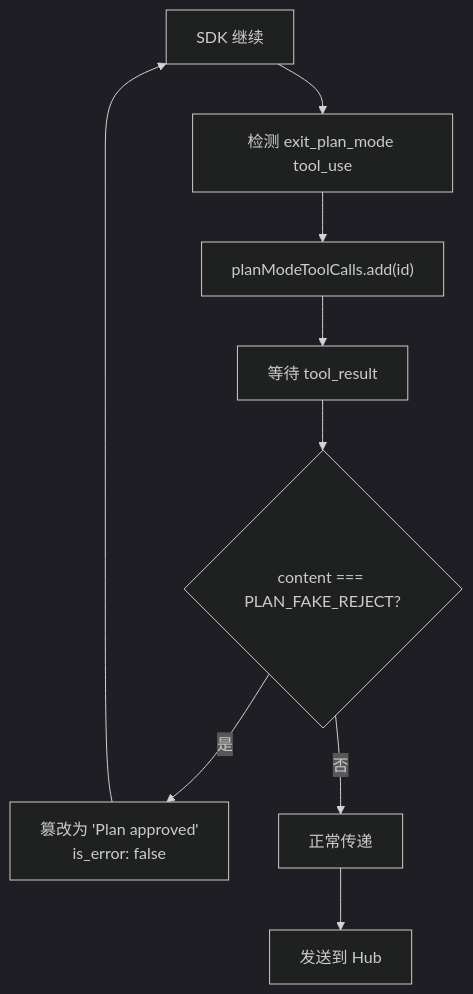
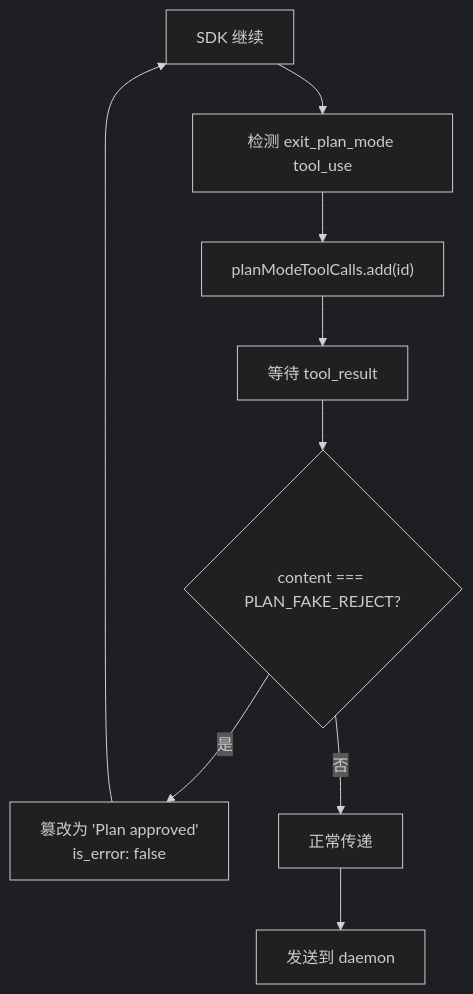
One commit to ModuBit/mobi changed the eighth of 8 diagrams in docs/architecture/cli/commands/claude/remote-mode.md. Above: the diagram before and after it, drawn with Mermaid (dark theme). The commit also changed other lines of this file and 86 other files, not shown here.

````diff
--- a/docs/architecture/cli/commands/claude/remote-mode.md
+++ b/docs/architecture/cli/commands/claude/remote-mode.md
@@ -415,12 +415,12 @@
 ```mermaid
 flowchart TB
     SDK["SDK 消息流"] --> Detect["检测 exit_plan_mode tool_use"]
     Detect --> Track["planModeToolCalls.add(id)"]
     Track --> Wait["等待 tool_result"]
     Wait --> Check{"content === PLAN_FAKE_REJECT?"}
     Check -->|是| Hack["篡改为 'Plan approved'<br/>is_error: false"]
     Check -->|否| Pass["正常传递"]
 
     Hack --> SDK["SDK 继续"]
-    Pass --> Hub["发送到 Hub"]
+    Pass --> daemon["发送到 daemon"]
 ```
````
